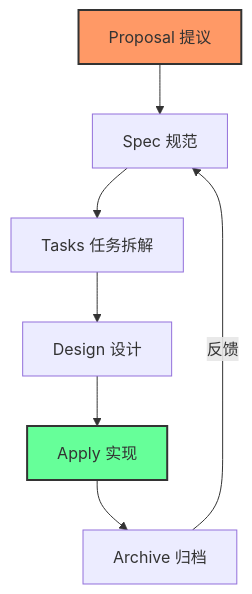
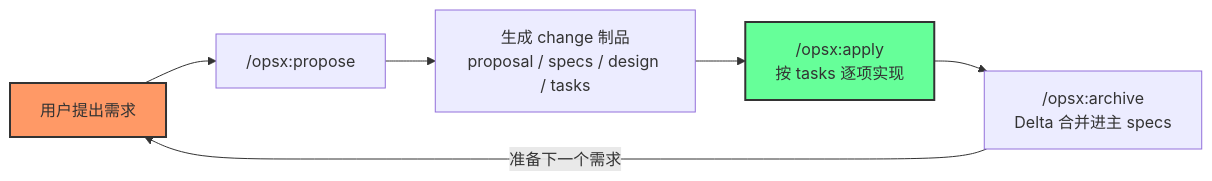
The second of 2 diagrams in content/posts/vibe-coding-to-sdd.md (tanteng/blog), drawn with Mermaid before and after one commit. The commit also changed other lines of this file, not shown here.

First line of the commit message:
优化 Vibe Coding to SDD 文章：修正概念归属、补 OpenSpec 真实用法

```diff
--- a/content/posts/vibe-coding-to-sdd.md
+++ b/content/posts/vibe-coding-to-sdd.md
@@ -79,11 +110,10 @@
 {{< mermaid >}}
-graph TD
-    A[Proposal 提议] --> B[Spec 规范]
-    B --> C[Tasks 任务拆解]
-    C --> D[Design 设计]
-    D --> E[Apply 实现]
-    E --> F[Archive 归档]
-    F -->|反馈| B
+graph LR
+    A[用户提出需求] --> B["/opsx:propose"]
+    B --> C["生成 change 制品<br/>proposal / specs / design / tasks"]
+    C --> D["/opsx:apply<br/>按 tasks 逐项实现"]
+    D --> E["/opsx:archive<br/>Delta 合并进主 specs"]
+    E -->|准备下一个需求| A
     style A fill:#f96,stroke:#333,stroke-width:2px
-    style E fill:#6f9,stroke:#333,stroke-width:2px
+    style D fill:#6f9,stroke:#333,stroke-width:2px
 {{< /mermaid >}}
```
